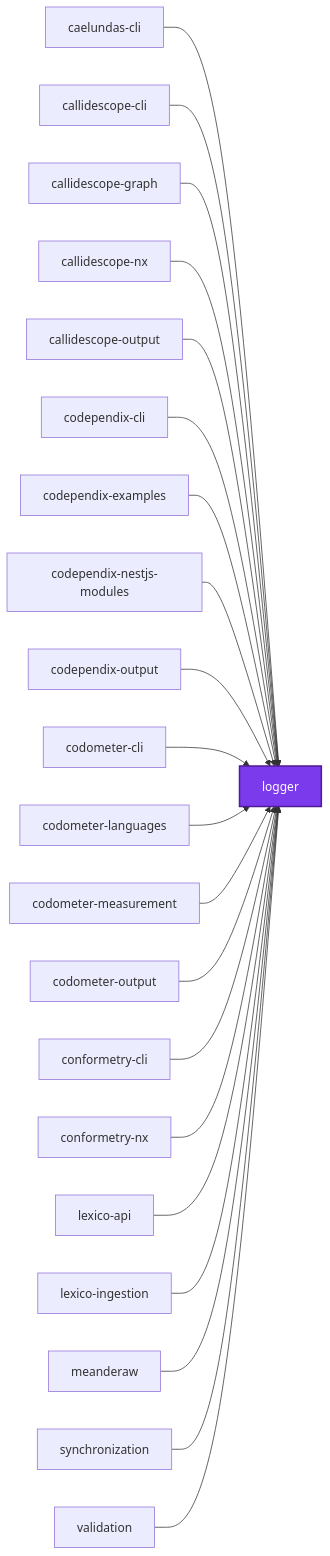
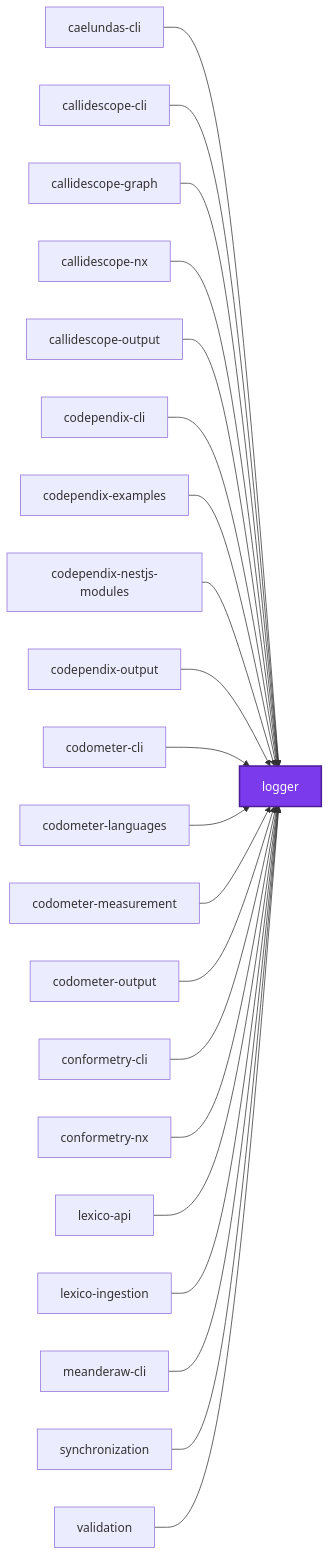
Before and after one commit to Organizzolini/codebase: the first of 3 diagrams in packages/logger/README.md, drawn with Mermaid. The commit also changed 482 other files, not shown here.

First line of the commit message:
refactor(meanderaw): ♻️ rename meanderaw to meanderaw-cli under an applications/meanderaw group (#1302)

````diff
--- a/packages/logger/README.md
+++ b/packages/logger/README.md
@@ -136,46 +136,46 @@
 ```mermaid
 graph LR
   caelundas_cli["caelundas-cli"]
   callidescope_cli["callidescope-cli"]
   callidescope_graph["callidescope-graph"]
   callidescope_nx["callidescope-nx"]
   callidescope_output["callidescope-output"]
   codependix_cli["codependix-cli"]
   codependix_examples["codependix-examples"]
   codependix_nestjs_modules["codependix-nestjs-modules"]
   codependix_output["codependix-output"]
   codometer_cli["codometer-cli"]
   codometer_languages["codometer-languages"]
   codometer_measurement["codometer-measurement"]
   codometer_output["codometer-output"]
   conformetry_cli["conformetry-cli"]
   conformetry_nx["conformetry-nx"]
   lexico_api["lexico-api"]
   lexico_ingestion["lexico-ingestion"]
   logger["logger"]
-  meanderaw["meanderaw"]
+  meanderaw_cli["meanderaw-cli"]
   synchronization["synchronization"]
   validation["validation"]
   caelundas_cli --> logger
   callidescope_cli --> logger
   callidescope_graph --> logger
   callidescope_nx --> logger
   callidescope_output --> logger
   codependix_cli --> logger
   codependix_examples --> logger
   codependix_nestjs_modules --> logger
   codependix_output --> logger
   codometer_cli --> logger
   codometer_languages --> logger
   codometer_measurement --> logger
   codometer_output --> logger
   conformetry_cli --> logger
   conformetry_nx --> logger
   lexico_api --> logger
   lexico_ingestion --> logger
-  meanderaw --> logger
+  meanderaw_cli --> logger
   synchronization --> logger
   validation --> logger
   classDef subject fill:#7c3aed,color:#fff,stroke:#4c1d95,stroke-width:2px
   class logger subject
 ```
````
